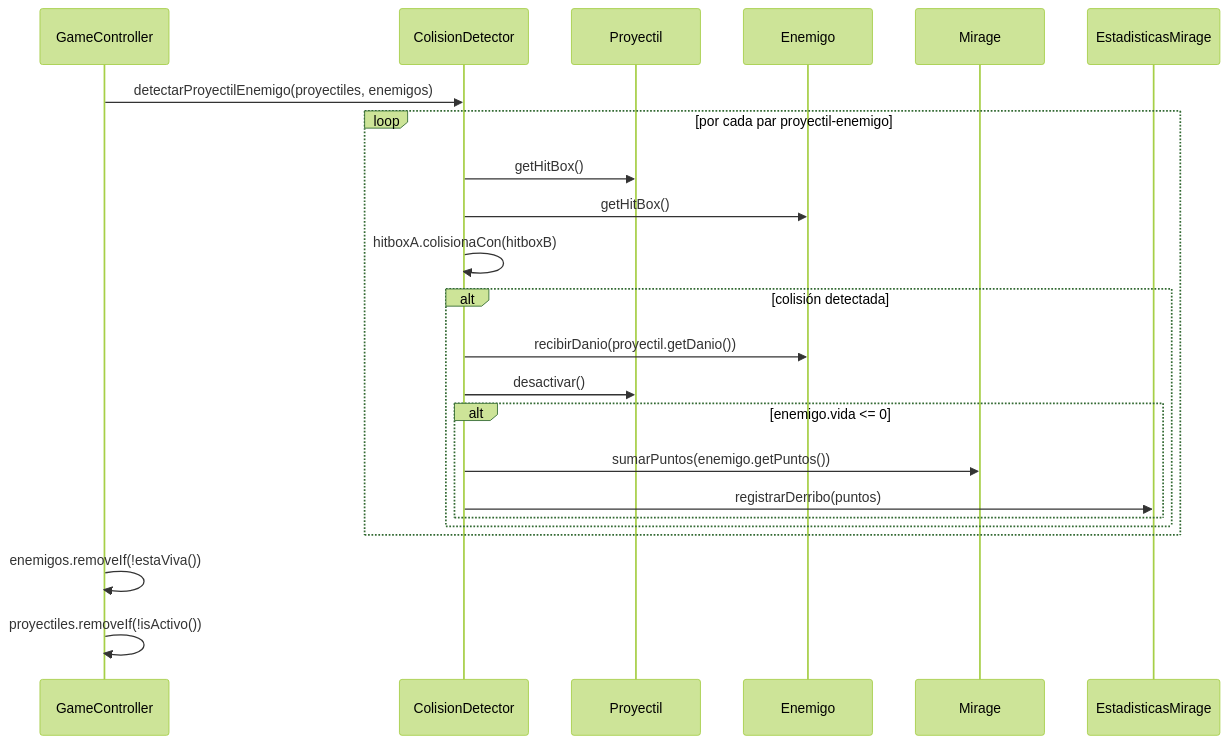
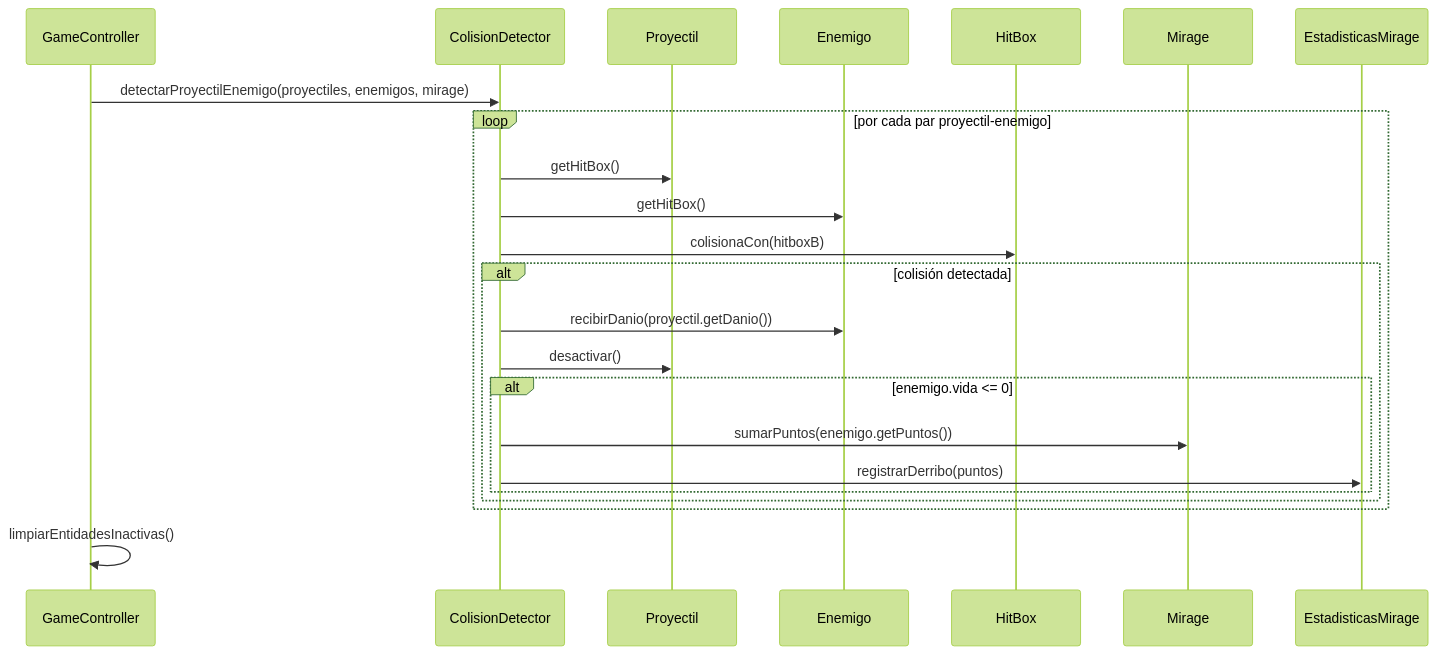
One commit to Christian-Rojas-Rodriguez/juego-1982 changed the fourth of 6 diagrams in docs/analisis/casos-de-uso.md. Above: the diagram before and after it, drawn with Mermaid (forest theme). The commit also changed other lines of this file and 1 other file, not shown here.

Commit message:
fix: modificar diagramas de clase y casos de uso

````diff
--- a/docs/analisis/casos-de-uso.md
+++ b/docs/analisis/casos-de-uso.md
@@ -108,26 +124,26 @@
 ```mermaid
 sequenceDiagram
     participant GameController
     participant ColisionDetector
     participant Proyectil
     participant Enemigo
+    participant HitBox
     participant Mirage
     participant EstadisticasMirage
 
-    GameController->>ColisionDetector: detectarProyectilEnemigo(proyectiles, enemigos)
+    GameController->>ColisionDetector: detectarProyectilEnemigo(proyectiles, enemigos, mirage)
     loop por cada par proyectil-enemigo
         ColisionDetector->>Proyectil: getHitBox()
         ColisionDetector->>Enemigo: getHitBox()
-        ColisionDetector->>ColisionDetector: hitboxA.colisionaCon(hitboxB)
+        ColisionDetector->>HitBox: colisionaCon(hitboxB)
         alt colisión detectada
             ColisionDetector->>Enemigo: recibirDanio(proyectil.getDanio())
             ColisionDetector->>Proyectil: desactivar()
             alt enemigo.vida <= 0
                 ColisionDetector->>Mirage: sumarPuntos(enemigo.getPuntos())
                 ColisionDetector->>EstadisticasMirage: registrarDerribo(puntos)
             end
         end
     end
-    GameController->>GameController: enemigos.removeIf(!estaViva())
-    GameController->>GameController: proyectiles.removeIf(!isActivo())
+    GameController->>GameController: limpiarEntidadesInactivas()
 ```
````
